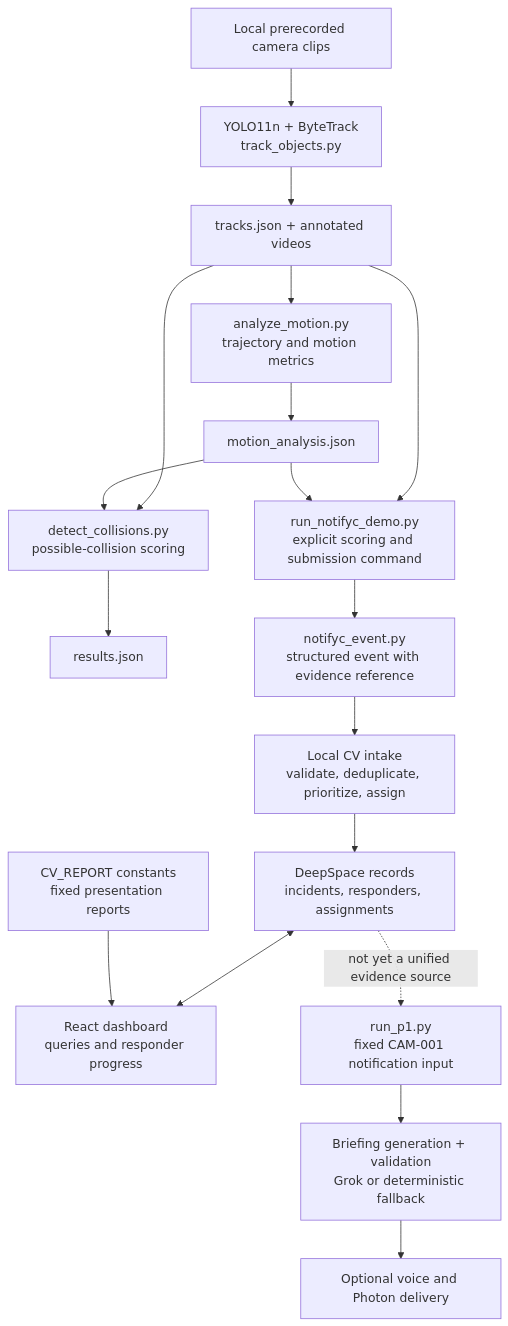
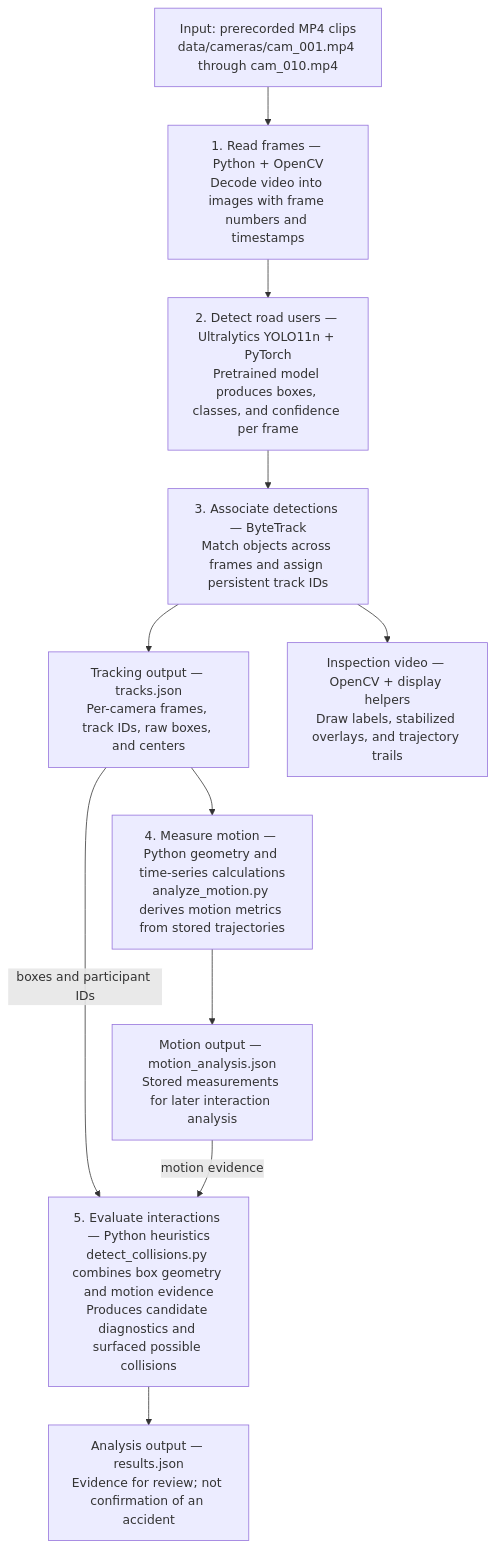
One commit to Mokshil28/NotifYC changed the first of 4 diagrams in README.md. Above: the diagram before and after it, drawn with Mermaid. The commit also changed other lines of this file, not shown here.

Commit message:
docs: clarify pipeline diagrams and consolidated branch layout

````diff
--- a/README.md
+++ b/README.md
@@ -24,20 +28,19 @@
 ```mermaid
-flowchart TB
-    Video["Local prerecorded camera clips"] --> Track["YOLO11n + ByteTrack<br/>track_objects.py"]
-    Track --> Tracks["tracks.json + annotated videos"]
-    Tracks --> Motion["analyze_motion.py<br/>trajectory and motion metrics"]
-    Motion --> Metrics["motion_analysis.json"]
-    Tracks --> Score["detect_collisions.py<br/>possible-collision scoring"]
-    Metrics --> Score
-    Score --> Results["results.json"]
-    Tracks --> Runner["run_notifyc_demo.py<br/>explicit scoring and submission command"]
-    Metrics --> Runner
-    Runner --> Event["notifyc_event.py<br/>structured event with evidence reference"]
-    Event --> Intake["Local CV intake<br/>validate, deduplicate, prioritize, assign"]
-    Intake --> Records["DeepSpace records<br/>incidents, responders, assignments"]
-    Records <--> UI["React dashboard<br/>queries and responder progress"]
-    Fixture["CV_REPORT constants<br/>fixed presentation reports"] --> UI
-    Records -. "not yet a unified evidence source" .-> P1["run_p1.py<br/>fixed CAM-001 notification input"]
-    P1 --> Brief["Briefing generation + validation<br/>Grok or deterministic fallback"]
-    Brief --> Delivery["Optional voice and Photon delivery"]
+flowchart TD
+    Input["Input: prerecorded MP4 clips<br/>data/cameras/cam_001.mp4 through cam_010.mp4"]
+    Read["1. Read frames — Python + OpenCV<br/>Decode video into images with frame numbers and timestamps"]
+    Detect["2. Detect road users — Ultralytics YOLO11n + PyTorch<br/>Pretrained model produces boxes, classes, and confidence per frame"]
+    Track["3. Associate detections — ByteTrack<br/>Match objects across frames and assign persistent track IDs"]
+    Raw["Tracking output — tracks.json<br/>Per-camera frames, track IDs, raw boxes, and centers"]
+    Render["Inspection video — OpenCV + display helpers<br/>Draw labels, stabilized overlays, and trajectory trails"]
+    Motion["4. Measure motion — Python geometry and time-series calculations<br/>analyze_motion.py derives motion metrics from stored trajectories"]
+    Metrics["Motion output — motion_analysis.json<br/>Stored measurements for later interaction analysis"]
+    Score["5. Evaluate interactions — Python heuristics<br/>detect_collisions.py combines box geometry and motion evidence<br/>Produces candidate diagnostics and surfaced possible collisions"]
+    Results["Analysis output — results.json<br/>Evidence for review; not confirmation of an accident"]
+    Input --> Read --> Detect --> Track --> Raw
+    Track --> Render
+    Raw --> Motion --> Metrics
+    Raw -- "boxes and participant IDs" --> Score
+    Metrics -- "motion evidence" --> Score
+    Score --> Results
 ```
````
